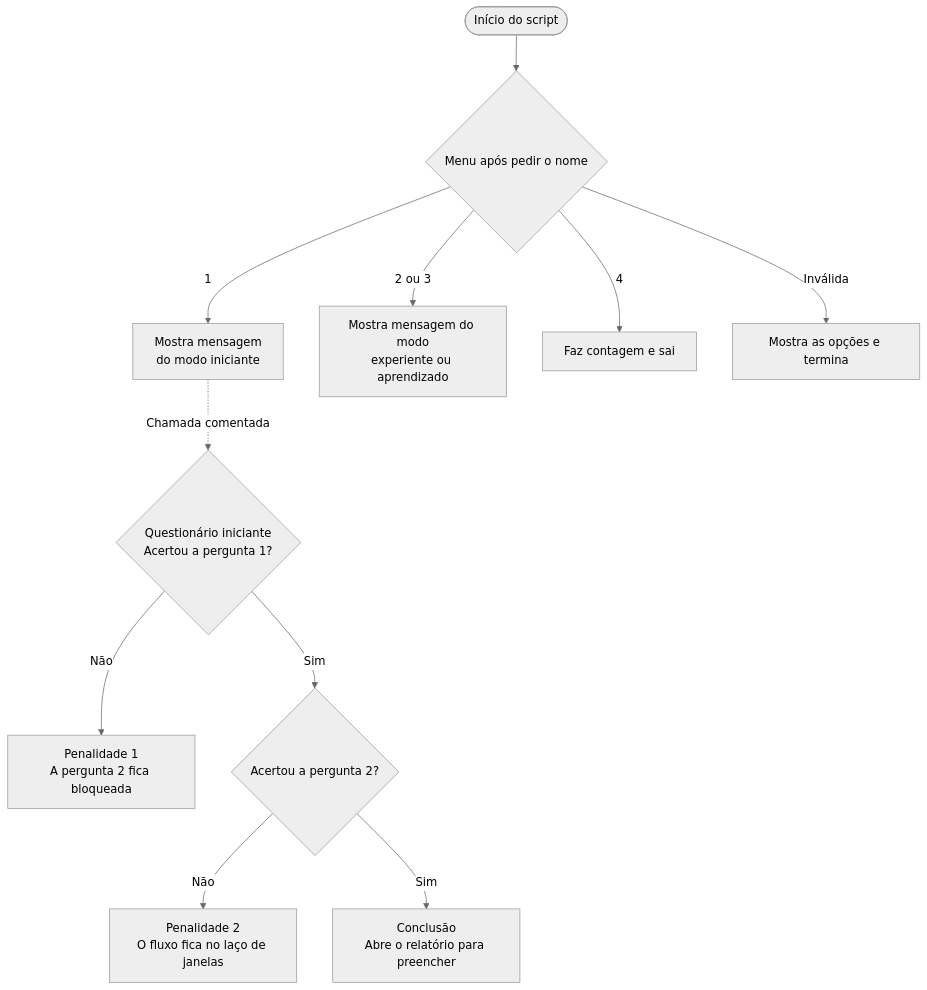
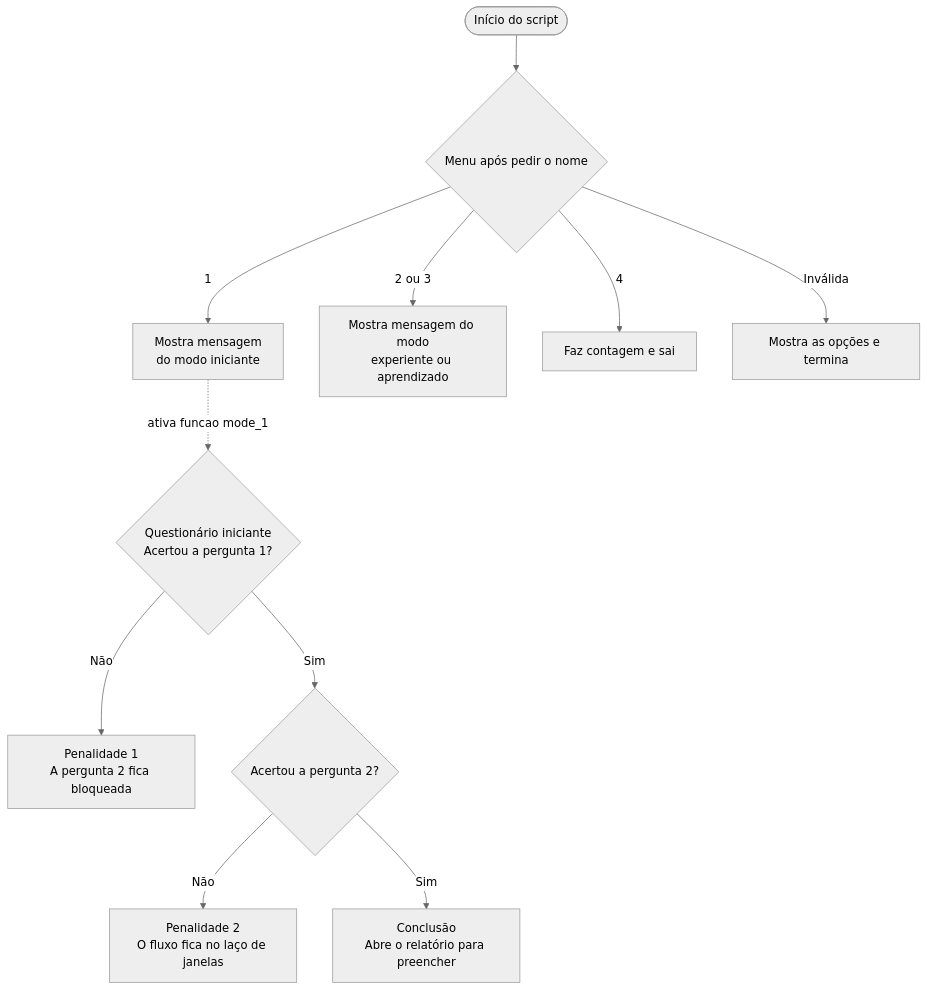
Before and after one commit to helvecior/Repositorio-Questionario: the second of 3 diagrams in Fluxograma-Questionario-Interativo.md, drawn with Mermaid (neutral theme). The commit also changed other lines of this file, not shown here.

Commit message:
Update flowchart documentation: enhance structure and clarify function calls

````diff
--- a/Fluxograma-Questionario-Interativo.md
+++ b/Fluxograma-Questionario-Interativo.md
@@ -70,13 +80,13 @@
 ```mermaid
 flowchart TB
     A(["Início do script"]) --> M{"Menu após pedir o nome"}
     M -->|1| I["Mostra mensagem<br/>do modo iniciante"]
     M -->|2 ou 3| O["Mostra mensagem do modo<br/>experiente ou aprendizado"]
     M -->|4| S["Faz contagem e sai"]
     M -->|Inválida| V["Mostra as opções e termina"]
-    I -.->|Chamada comentada| Q1{"Questionário iniciante<br/>Acertou a pergunta 1?"}
+    I -.->|ativa funcao mode_1| Q1{"Questionário iniciante<br/>Acertou a pergunta 1?"}
     Q1 -->|Não| E1["Penalidade 1<br/>A pergunta 2 fica bloqueada"]
     Q1 -->|Sim| Q2{"Acertou a pergunta 2?"}
     Q2 -->|Não| E2["Penalidade 2<br/>O fluxo fica no laço de janelas"]
     Q2 -->|Sim| C["Conclusão<br/>Abre o relatório para preencher"]
 ```
````
